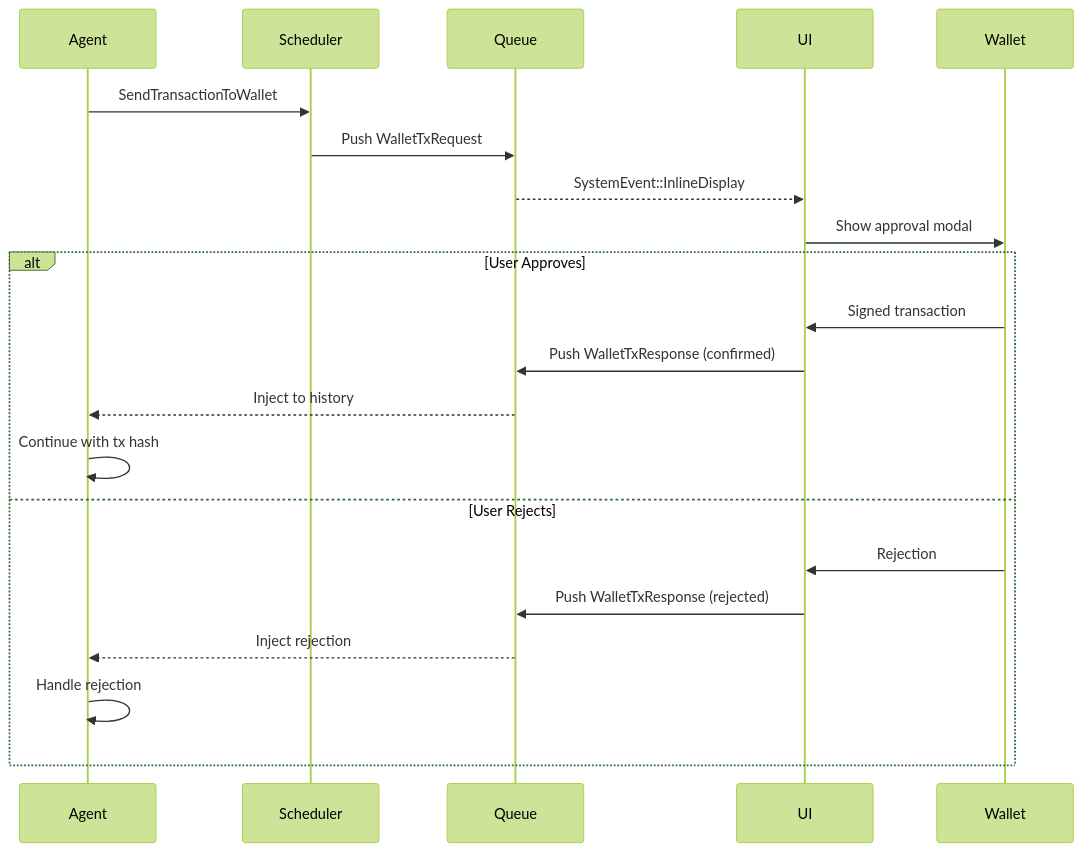
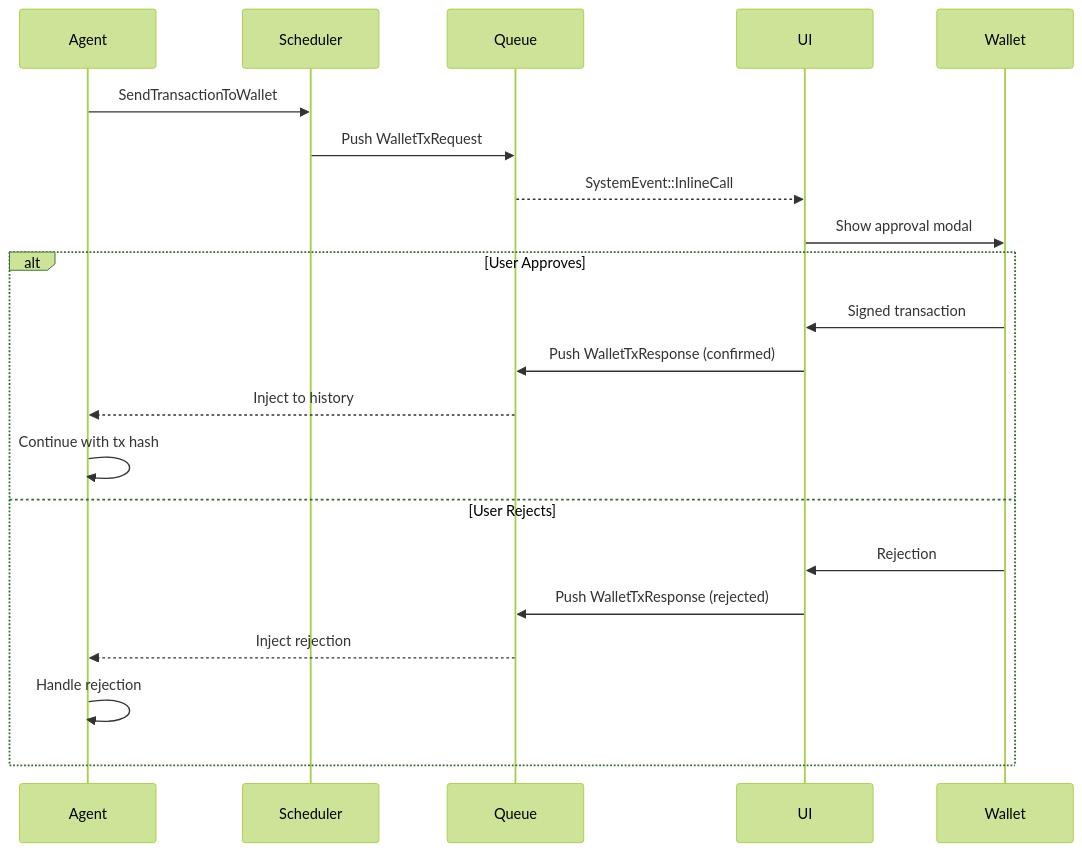
One commit to aomi-labs/product-mono changed the sixth of 9 diagrams in docs/guides/execution.md. Above: the diagram before and after it, drawn with Mermaid (forest theme). The commit also changed other lines of this file and 30 other files, not shown here.

````diff
--- a/docs/guides/execution.md
+++ b/docs/guides/execution.md
@@ -294,26 +294,26 @@
 ```mermaid
 sequenceDiagram
     participant Agent
     participant Scheduler
     participant Queue
     participant UI
     participant Wallet
 
     Agent->>Scheduler: SendTransactionToWallet
     Scheduler->>Queue: Push WalletTxRequest
 
-    Queue-->>UI: SystemEvent::InlineDisplay
+    Queue-->>UI: SystemEvent::InlineCall
     UI->>Wallet: Show approval modal
 
     alt User Approves
         Wallet->>UI: Signed transaction
         UI->>Queue: Push WalletTxResponse (confirmed)
         Queue-->>Agent: Inject to history
         Agent->>Agent: Continue with tx hash
     else User Rejects
         Wallet->>UI: Rejection
         UI->>Queue: Push WalletTxResponse (rejected)
         Queue-->>Agent: Inject rejection
         Agent->>Agent: Handle rejection
     end
 ```
````
